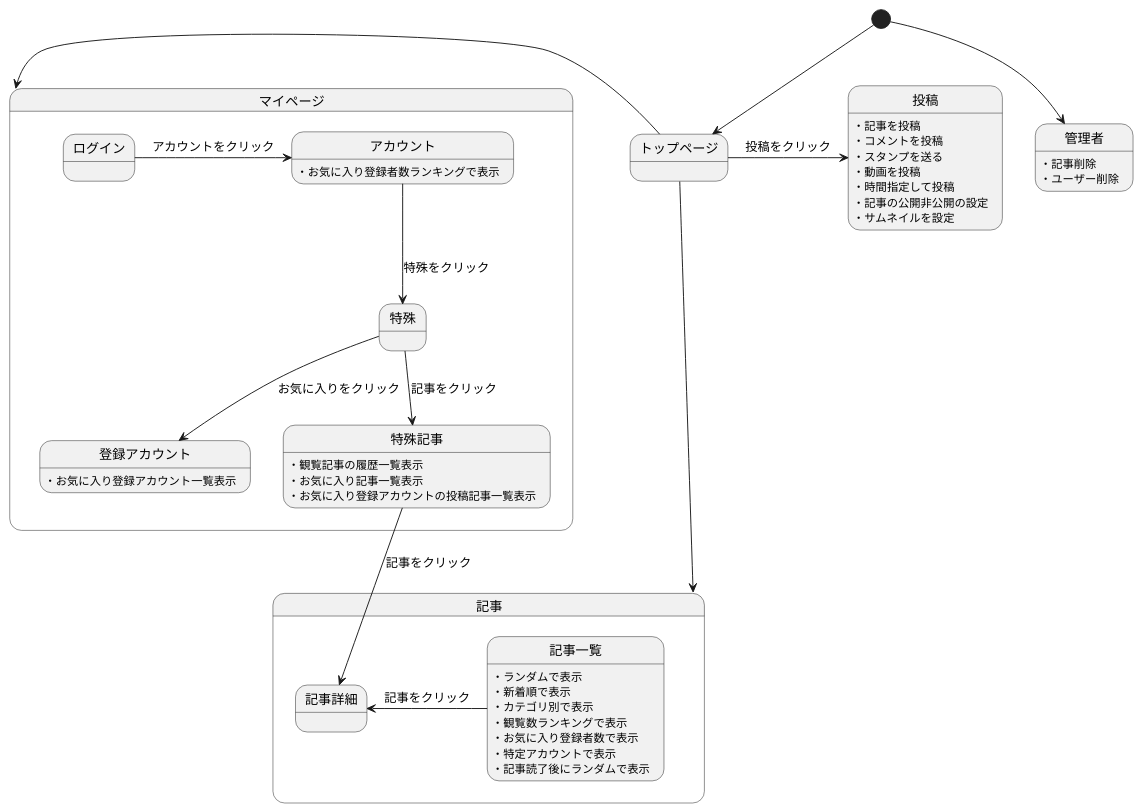
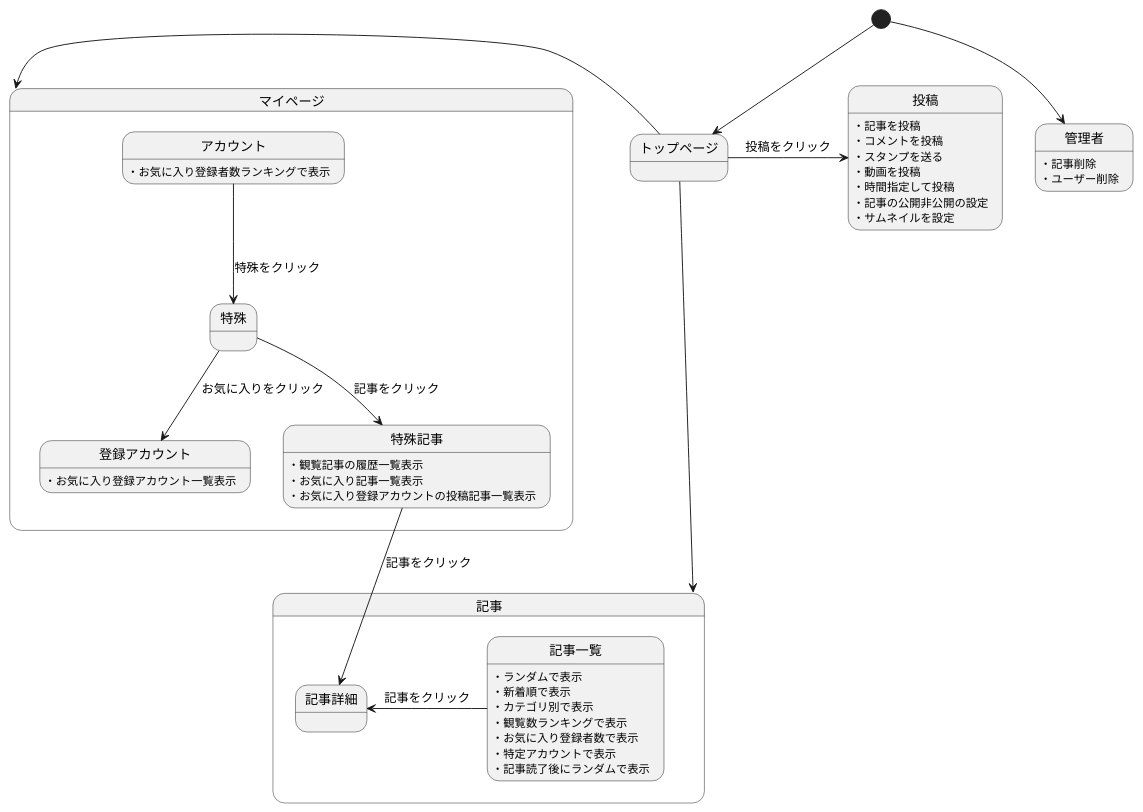
One commit to Aso2001001/2022System changed the diagram in 後期画面遷移.md. Above: the diagram before and after it, drawn with PlantUML.

````diff
--- a/後期画面遷移.md
+++ b/後期画面遷移.md
@@ -1,56 +1,56 @@
 ```uml
 @startuml
 [*] --> トップページ
 
 
 トップページ -down-> 記事
 トップページ -left-> マイページ
 トップページ -> 投稿 : 投稿をクリック
 投稿:・記事を投稿
 投稿:・コメントを投稿
 投稿:・スタンプを送る
 投稿:・動画を投稿
 投稿:・時間指定して投稿
 投稿:・記事の公開非公開の設定
 投稿:・サムネイルを設定
 
 
 
 state 記事{
 記事一覧 -left-> 記事詳細 : 記事をクリック
 
 
 記事一覧:・ランダムで表示
 記事一覧:・新着順で表示
 記事一覧:・カテゴリ別で表示
 記事一覧:・観覧数ランキングで表示
 記事一覧:・お気に入り登録者数で表示
 記事一覧:・特定アカウントで表示
 記事一覧:・記事読了後にランダムで表示
 
 }
 
 state マイページ{
-ログイン -> アカウント : アカウントをクリック
+
 アカウント -down-> 特殊 : 特殊をクリック
 特殊 -down-> 登録アカウント :お気に入りをクリック
 特殊 -down-> 特殊記事 :記事をクリック
 特殊記事 -down-> 記事詳細 :記事をクリック
 
 アカウント:・お気に入り登録者数ランキングで表示
 
 特殊記事:・観覧記事の履歴一覧表示
 特殊記事:・お気に入り記事一覧表示
 登録アカウント:・お気に入り登録アカウント一覧表示
 特殊記事:・お気に入り登録アカウントの投稿記事一覧表示
 
 }
 
 
 [*] --> 管理者
 管理者:・記事削除
 管理者:・ユーザー削除
 
 
 @enduml
 ```
````
